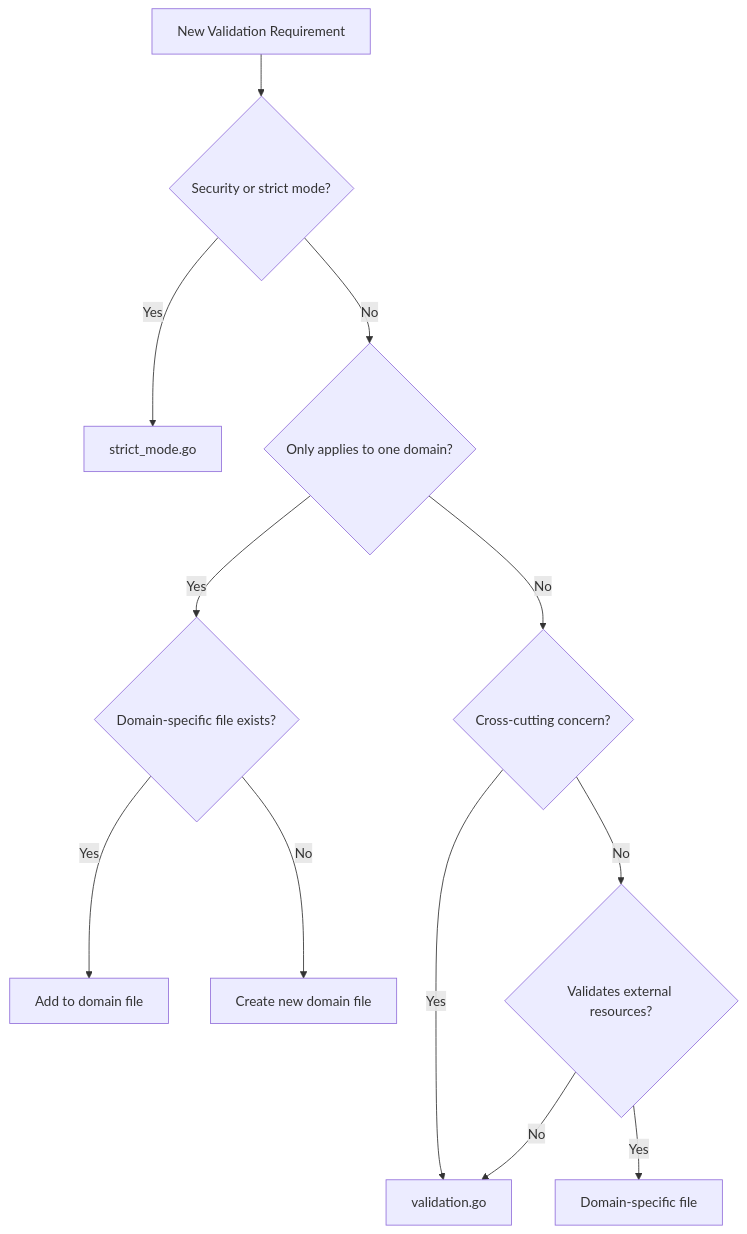
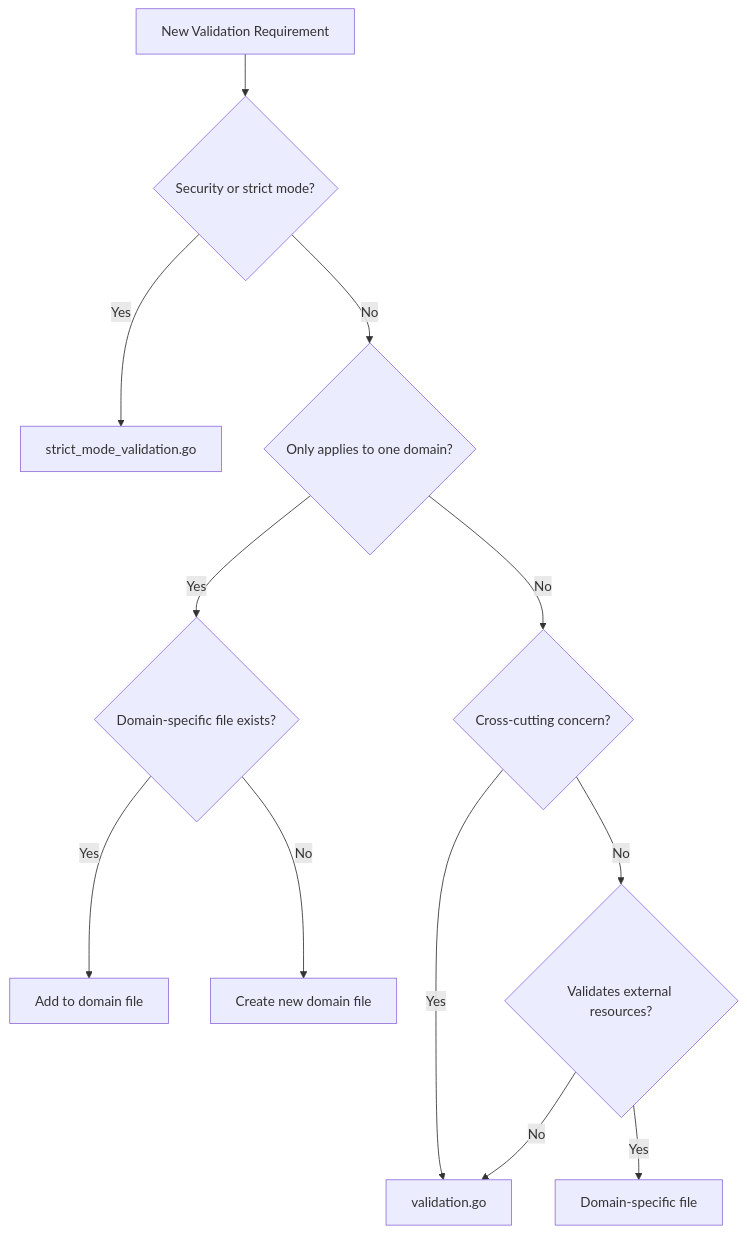
The second of 6 diagrams in mirrors/repos/github@gh-aw/.github/skills/developer-internals/SKILL.md (gabrielmoreira/agent-skills-mirror), drawn with Mermaid before and after one commit. The commit also changed other lines of this file and 3411 other files, not shown here.

````diff
--- a/mirrors/repos/github@gh-aw/.github/skills/developer-internals/SKILL.md
+++ b/mirrors/repos/github@gh-aw/.github/skills/developer-internals/SKILL.md
@@ -98,14 +97,14 @@
 ```mermaid
 graph TD
     A[New Validation Requirement] --> B{Security or strict mode?}
-    B -->|Yes| C[strict_mode.go]
+    B -->|Yes| C[strict_mode_validation.go]
     B -->|No| D{Only applies to one domain?}
     D -->|Yes| E{Domain-specific file exists?}
     E -->|Yes| F[Add to domain file]
     E -->|No| G[Create new domain file]
     D -->|No| H{Cross-cutting concern?}
     H -->|Yes| I[validation.go]
     H -->|No| J{Validates external resources?}
     J -->|Yes| K[Domain-specific file]
     J -->|No| I
 ```
````
